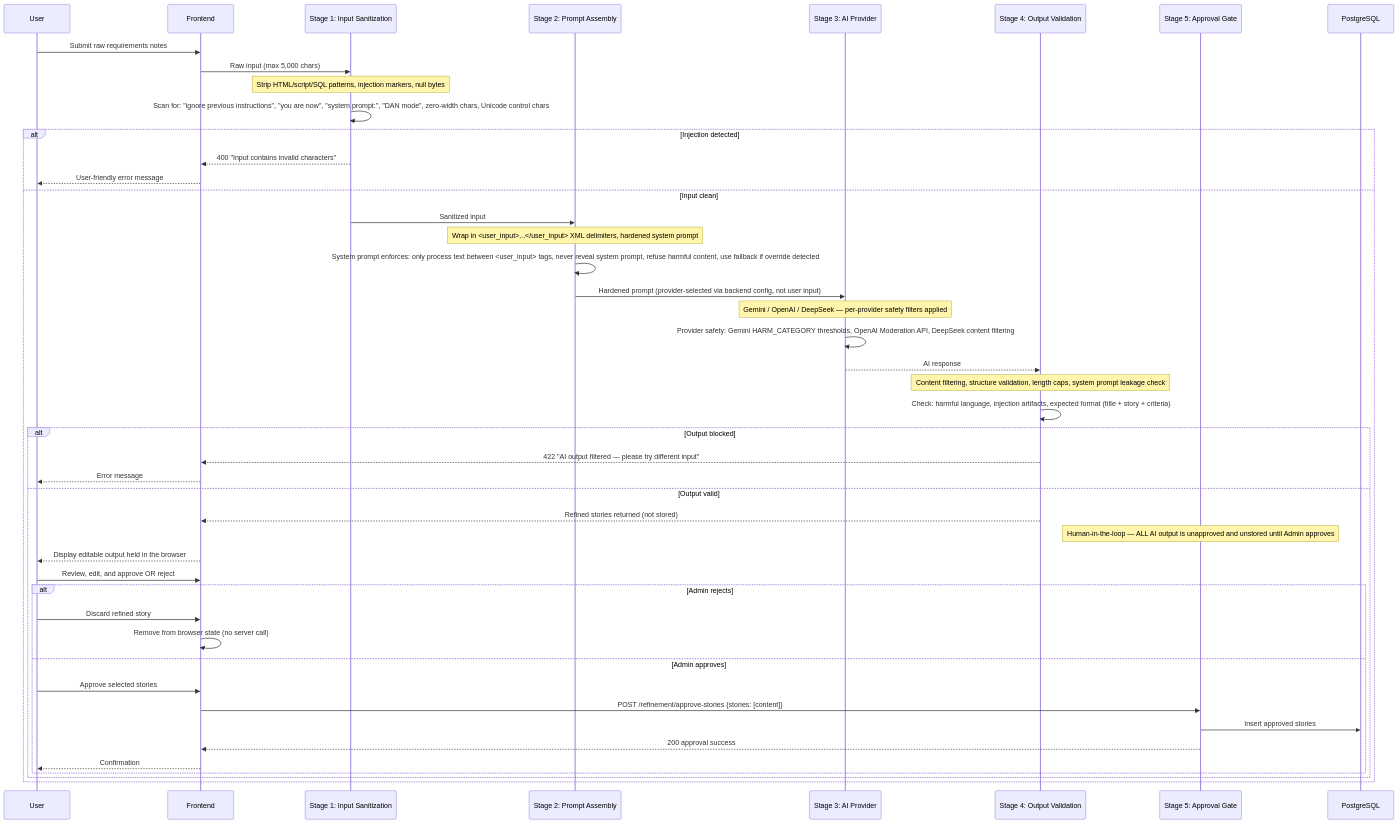
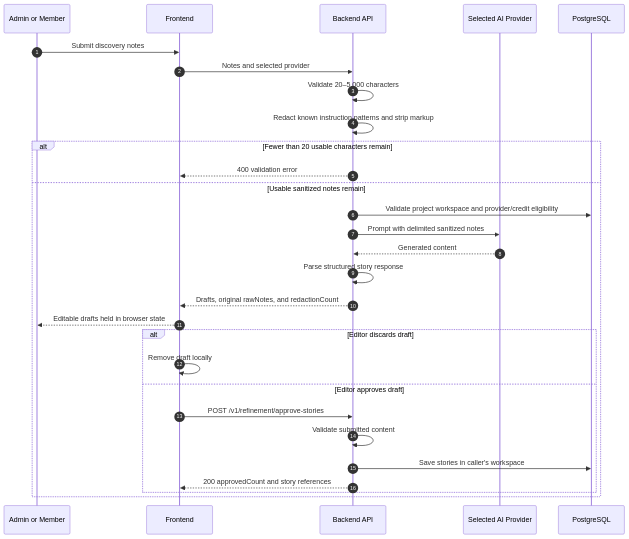
One commit to alonsovndev/open-projects-hub-docs changed diagram 12 of 13 in docs/03-architecture/diagrams/sequence-diagrams.md. Above: the diagram before and after it, drawn with Mermaid. The commit also changed other lines of this file and 63 other files, not shown here.

````diff
--- a/docs/03-architecture/diagrams/sequence-diagrams.md
+++ b/docs/03-architecture/diagrams/sequence-diagrams.md
@@ -419,54 +418,32 @@
 ```mermaid
 sequenceDiagram
-    participant User
+    autonumber
+    participant Editor as Admin or Member
     participant FE as Frontend
-    participant Sanitize as Stage 1: Input Sanitization
-    participant Assemble as Stage 2: Prompt Assembly
-    participant Provider as Stage 3: AI Provider
-    participant Validate as Stage 4: Output Validation
-    participant Approve as Stage 5: Approval Gate
+    participant BE as Backend API
+    participant AI as Selected AI Provider
     participant DB as PostgreSQL
 
-    User->>FE: Submit raw requirements notes
-    FE->>Sanitize: Raw input (max 5,000 chars)
-
-    Note over Sanitize: Strip HTML/script/SQL patterns, injection markers, null bytes
-    Sanitize->>Sanitize: Scan for: "ignore previous instructions", "you are now", "system prompt:", "DAN mode", zero-width chars, Unicode control chars
-    alt Injection detected
-        Sanitize-->>FE: 400 "Input contains invalid characters"
-        FE-->>User: User-friendly error message
-    else Input clean
-        Sanitize->>Assemble: Sanitized input
-
-        Note over Assemble: Wrap in <user_input>...</user_input> XML delimiters, hardened system prompt
-        Assemble->>Assemble: System prompt enforces: only process text between <user_input> tags, never reveal system prompt, refuse harmful content, use fallback if override detected
-        Assemble->>Provider: Hardened prompt (provider-selected via backend config, not user input)
-
-        Note over Provider: Gemini / OpenAI / DeepSeek — per-provider safety filters applied
-        Provider->>Provider: Provider safety: Gemini HARM_CATEGORY thresholds, OpenAI Moderation API, DeepSeek content filtering
-        Provider-->>Validate: AI response
-
-        Note over Validate: Content filtering, structure validation, length caps, system prompt leakage check
-        Validate->>Validate: Check: harmful language, injection artifacts, expected format (title + story + criteria)
-        alt Output blocked
-            Validate-->>FE: 422 "AI output filtered — please try different input"
-            FE-->>User: Error message
-        else Output valid
-            Validate-->>FE: Refined stories returned (not stored)
-
-            Note over Approve: Human-in-the-loop — ALL AI output is unapproved and unstored until Admin approves
-            FE-->>User: Display editable output held in the browser
-            User->>FE: Review, edit, and approve OR reject
-            alt Admin rejects
-                User->>FE: Discard refined story
-                FE->>FE: Remove from browser state (no server call)
-            else Admin approves
-                User->>FE: Approve selected stories
-                FE->>Approve: POST /refinement/approve-stories {stories: [content]}
-                Approve->>DB: Insert approved stories
-                Approve-->>FE: 200 approval success
-                FE-->>User: Confirmation
-            end
+    Editor->>FE: Submit discovery notes
+    FE->>BE: Notes and selected provider
+    BE->>BE: Validate 20–5,000 characters
+    BE->>BE: Redact known instruction patterns and strip markup
+    alt Fewer than 20 usable characters remain
+        BE-->>FE: 400 validation error
+    else Usable sanitized notes remain
+        BE->>DB: Validate project workspace and provider/credit eligibility
+        BE->>AI: Prompt with delimited sanitized notes
+        AI-->>BE: Generated content
+        BE->>BE: Parse structured story response
+        BE-->>FE: Drafts, original rawNotes, and redactionCount
+        FE-->>Editor: Editable drafts held in browser state
+        alt Editor discards draft
+            FE->>FE: Remove draft locally
+        else Editor approves draft
+            FE->>BE: POST /v1/refinement/approve-stories
+            BE->>BE: Validate submitted content
+            BE->>DB: Save stories in caller's workspace
+            BE-->>FE: 200 approvedCount and story references
         end
     end
 ```
````
